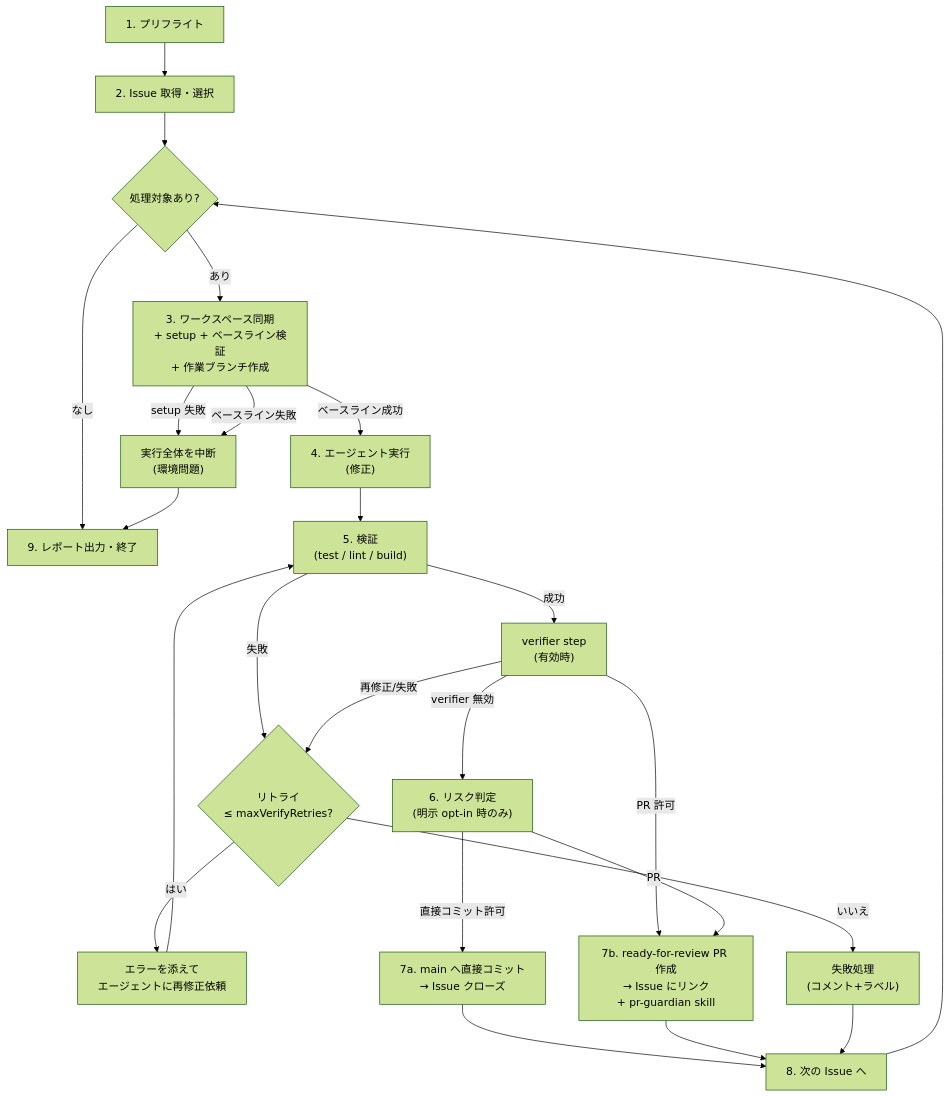
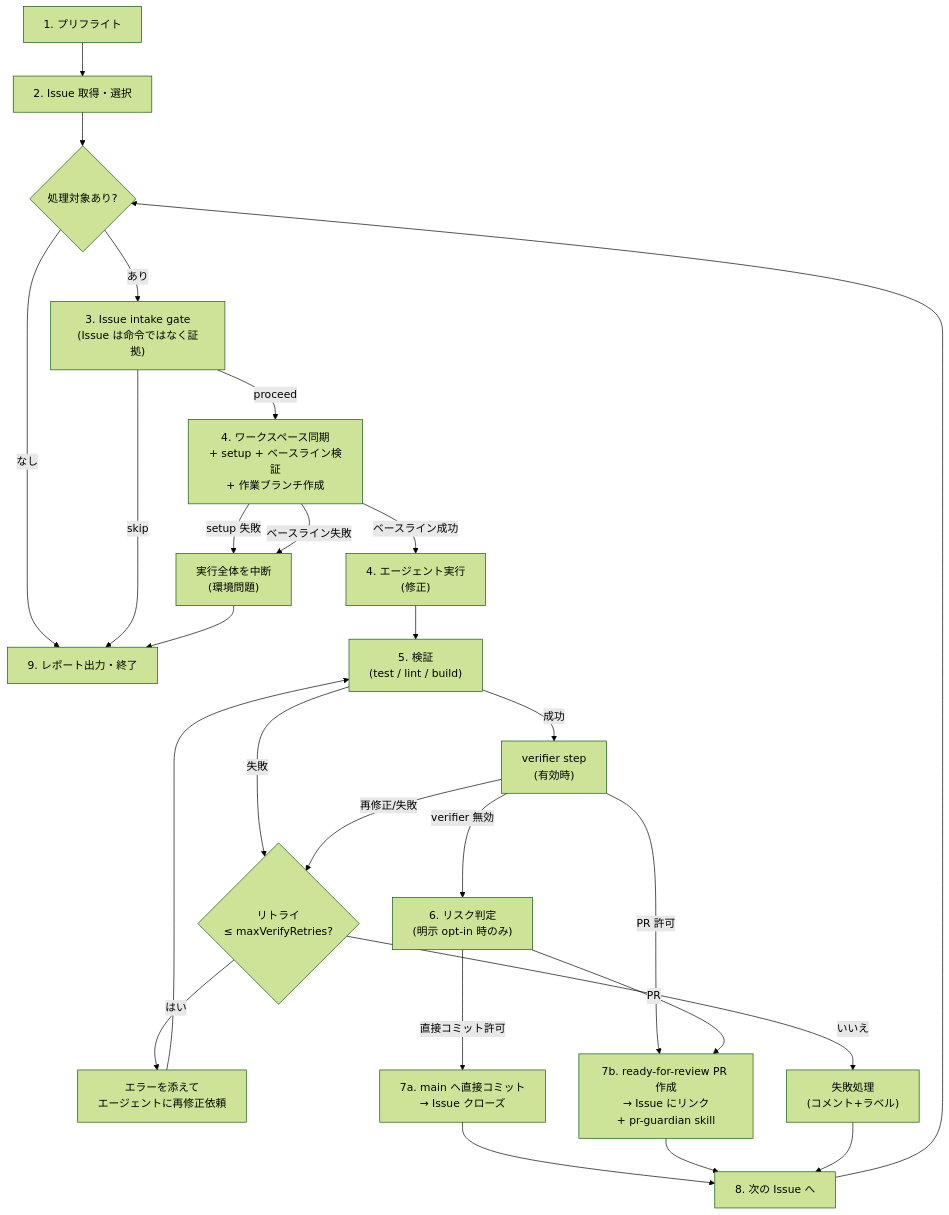
The diagram in docs/04-nightly-pipeline.md (kaizen-agents-org/kaizen-loop), drawn with Mermaid (forest theme) before and after one commit. The commit also changed other lines of this file and 20 other files, not shown here.

Commit message:
Add issue intake gate and async guardian jobs

````diff
--- a/docs/04-nightly-pipeline.md
+++ b/docs/04-nightly-pipeline.md
@@ -7,25 +7,27 @@
 ```mermaid
 flowchart TB
     A["1. プリフライト"] --> B["2. Issue 取得・選択"]
     B --> C{処理対象あり?}
     C -->|なし| Z["9. レポート出力・終了"]
-    C -->|あり| D["3. ワークスペース同期<br/>+ setup + ベースライン検証<br/>+ 作業ブランチ作成"]
+    C -->|あり| IG["3. Issue intake gate<br/>(Issue は命令ではなく証拠)"]
+    IG -->|proceed| D["4. ワークスペース同期<br/>+ setup + ベースライン検証<br/>+ 作業ブランチ作成"]
+    IG -->|skip| Z
     D -->|ベースライン成功| E["4. エージェント実行<br/>(修正)"]
     D -->|setup 失敗| X["実行全体を中断<br/>(環境問題)"]
     D -->|ベースライン失敗| X
     X --> Z
     E --> F["5. 検証<br/>(test / lint / build)"]
     F -->|失敗| G{リトライ<br/>≤ maxVerifyRetries?}
     G -->|はい| E2["エラーを添えて<br/>エージェントに再修正依頼"] --> F
     G -->|いいえ| H["失敗処理<br/>(コメント+ラベル)"]
     F -->|成功| V["verifier step<br/>(有効時)"]
     V -->|PR 許可| K["7b. ready-for-review PR 作成<br/>→ Issue にリンク<br/>+ pr-guardian skill"]
     V -->|再修正/失敗| G
     V -->|verifier 無効| I["6. リスク判定<br/>(明示 opt-in 時のみ)"]
     I -->|PR| K
     I -->|直接コミット許可| J["7a. main へ直接コミット<br/>→ Issue クローズ"]
     J --> L["8. 次の Issue へ"]
     K --> L
     H --> L
     L --> C
 ```
````
